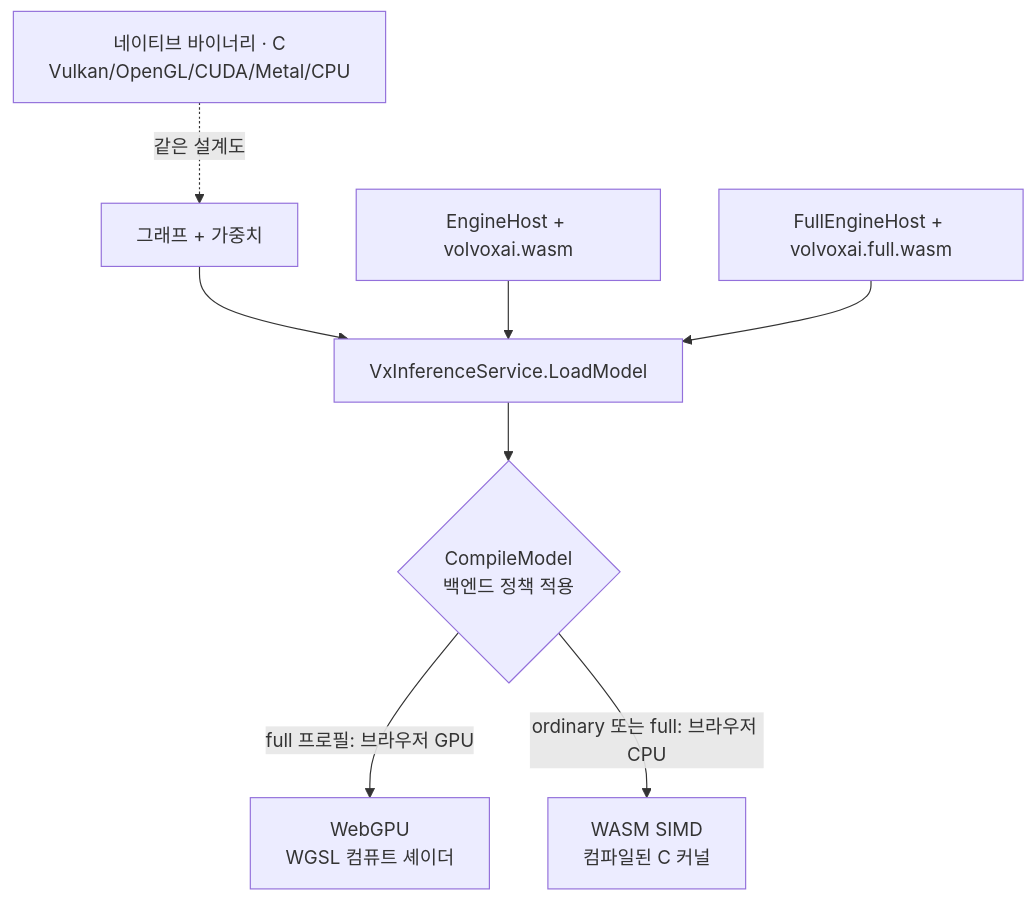
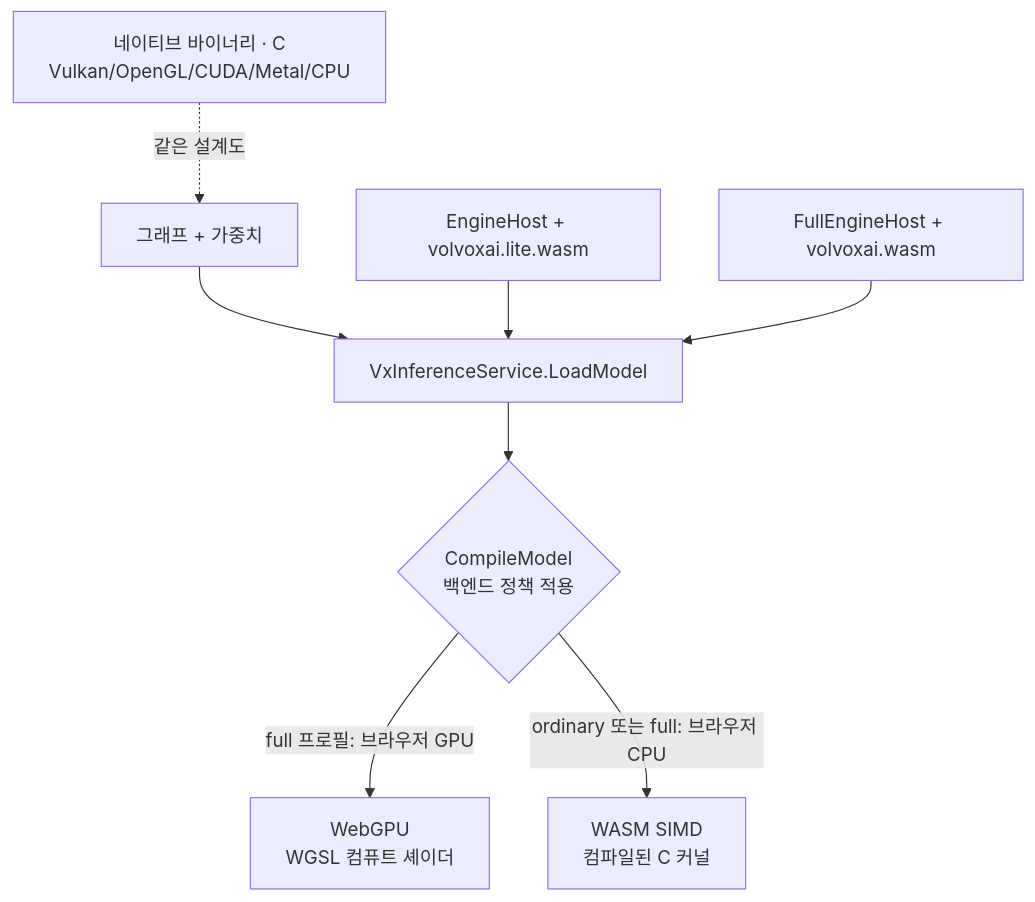
One commit to ivere27/volvoxai changed the diagram in docs/textbook/ko/01-foundations.md. Above: the diagram before and after it, drawn with Mermaid. The commit also changed 300 other files, not shown here.

````diff
--- a/docs/textbook/ko/01-foundations.md
+++ b/docs/textbook/ko/01-foundations.md
@@ -314,10 +314,10 @@
 ```mermaid
 flowchart TD
     G["그래프 + 가중치"] --> L["VxInferenceService.LoadModel"]
-    O["EngineHost + volvoxai.wasm"] --> L
-    F["FullEngineHost + volvoxai.full.wasm"] --> L
+    O["EngineHost + volvoxai.lite.wasm"] --> L
+    F["FullEngineHost + volvoxai.wasm"] --> L
     L --> SEL{"CompileModel<br/>백엔드 정책 적용"}
     SEL -->|full 프로필: 브라우저 GPU| T1["WebGPU<br/>WGSL 컴퓨트 셰이더"]
     SEL -->|ordinary 또는 full: 브라우저 CPU| T2["WASM SIMD<br/>컴파일된 C 커널"]
     N["네이티브 바이너리 · C<br/>Vulkan/OpenGL/CUDA/Metal/CPU"] -.같은 설계도.-> G
 ```
````
